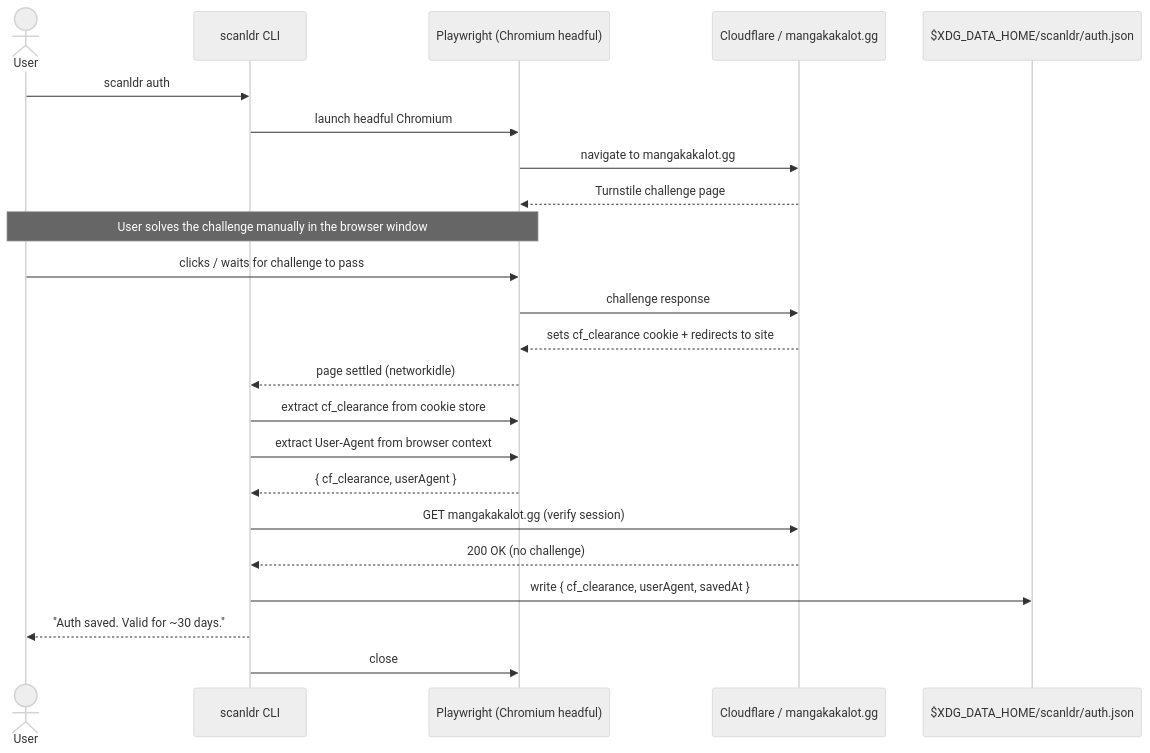
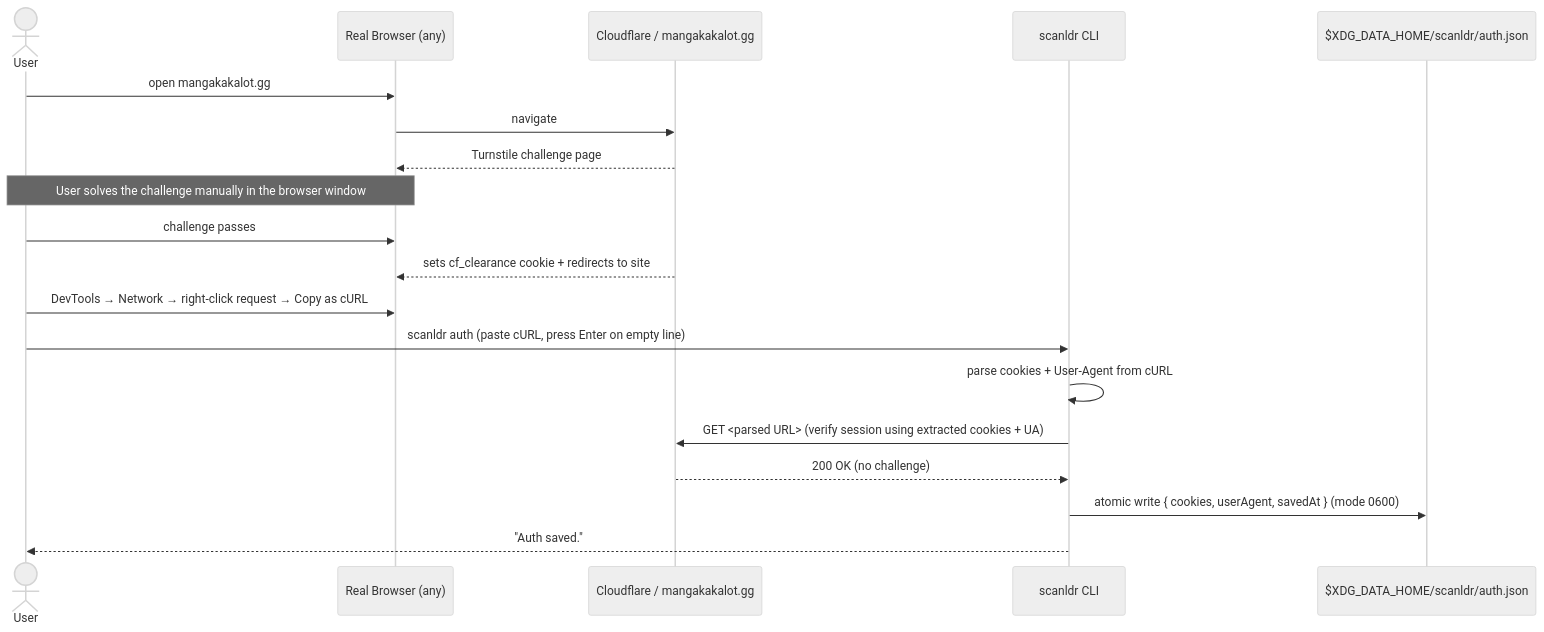
Before and after one commit to malaquiasdev/scanldr: the diagram in docs/flows/auth_flow.md, drawn with Mermaid (neutral theme). The commit also changed other lines of this file and 20 other files, not shown here.

First line of the commit message:
feat(auth): replace Playwright with manual cURL paste flow (#62)

````diff
--- a/docs/flows/auth_flow.md
+++ b/docs/flows/auth_flow.md
@@ -9,31 +11,26 @@
 ```mermaid
 sequenceDiagram
     actor User
+    participant Browser as Real Browser (any)
+    participant CF as Cloudflare / mangakakalot.gg
     participant CLI as scanldr CLI
-    participant Browser as Playwright (Chromium headful)
-    participant CF as Cloudflare / mangakakalot.gg
     participant FS as $XDG_DATA_HOME/scanldr/auth.json
 
-    User->>CLI: scanldr auth
-    CLI->>Browser: launch headful Chromium
-    Browser->>CF: navigate to mangakakalot.gg
+    User->>Browser: open mangakakalot.gg
+    Browser->>CF: navigate
     CF-->>Browser: Turnstile challenge page
 
     Note over User,Browser: User solves the challenge manually in the browser window
 
-    User->>Browser: clicks / waits for challenge to pass
-    Browser->>CF: challenge response
+    User->>Browser: challenge passes
     CF-->>Browser: sets cf_clearance cookie + redirects to site
+    User->>Browser: DevTools → Network → right-click request → Copy as cURL
+    User->>CLI: scanldr auth (paste cURL, press Enter on empty line)
 
-    Browser-->>CLI: page settled (networkidle)
-    CLI->>Browser: extract cf_clearance from cookie store
-    CLI->>Browser: extract User-Agent from browser context
-    Browser-->>CLI: { cf_clearance, userAgent }
-
-    CLI->>CF: GET mangakakalot.gg (verify session)
+    CLI->>CLI: parse cookies + User-Agent from cURL
+    CLI->>CF: GET <parsed URL> (verify session using extracted cookies + UA)
     CF-->>CLI: 200 OK (no challenge)
 
-    CLI->>FS: write { cf_clearance, userAgent, savedAt }
-    CLI-->>User: "Auth saved. Valid for ~30 days."
-    CLI->>Browser: close
+    CLI->>FS: atomic write { cookies, userAgent, savedAt } (mode 0600)
+    CLI-->>User: "Auth saved."
 ```
````
